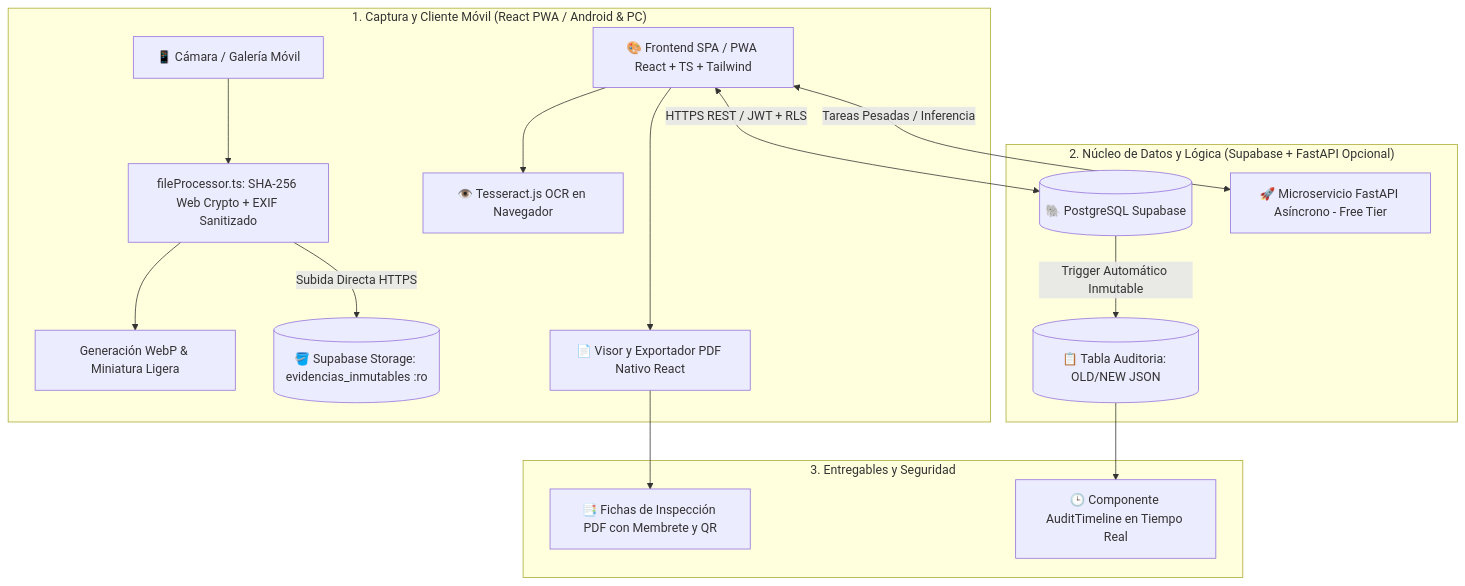
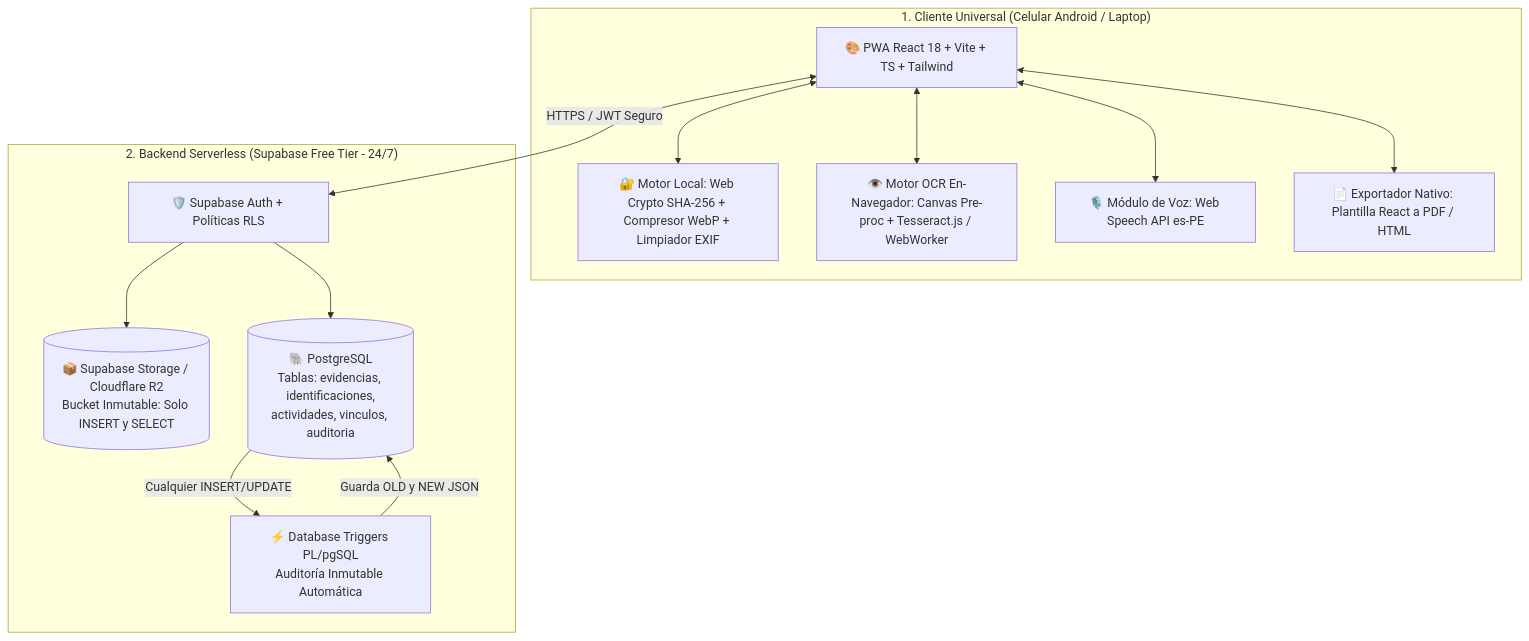
The first of 6 diagrams in ARQUITECTURA_Y_ESPECIFICACION_MODERNA.md (Tiburonchin/ELIS_5.vs2.2), drawn with Mermaid before and after one commit. The commit also changed other lines of this file, not shown here.

Commit message:
docs: integrar diagrama general, 4 capas limpias y secuencias cloud-native en especificacion moderna

````diff
--- a/ARQUITECTURA_Y_ESPECIFICACION_MODERNA.md
+++ b/ARQUITECTURA_Y_ESPECIFICACION_MODERNA.md
@@ -29,23 +29,29 @@
 ```mermaid
 flowchart TD
-    subgraph Cliente["1. Captura y Cliente Móvil (React PWA / Android & PC)"]
-        CAM[📱 Cámara / Galería Móvil] --> UPLOAD[fileProcessor.ts: SHA-256 Web Crypto + EXIF Sanitizado]
-        UPLOAD --> PREVIEW[Generación WebP & Miniatura Ligera]
-        UPLOAD -->|Subida Directa HTTPS| STORAGE[(🪣 Supabase Storage: evidencias_inmutables :ro)]
+    subgraph Cliente["1. Cliente Universal (Celular Android / Laptop)"]
+        UI[🎨 PWA React 18 + Vite + TS + Tailwind]
+        CRYPTO[🔐 Motor Local: Web Crypto SHA-256 + Compresor WebP + Limpiador EXIF]
+        OCR_ENGINE[👁️ Motor OCR En-Navegador: Canvas Pre-proc + Tesseract.js / WebWorker]
+        VOICE[🎙️ Módulo de Voz: Web Speech API es-PE]
+        PDF[📄 Exportador Nativo: Plantilla React a PDF / HTML]
         
-        UI[🎨 Frontend SPA / PWA React + TS + Tailwind] --> OCR_CLIENT[👁️ Tesseract.js OCR en Navegador]
-        UI --> PDF_GEN[📄 Visor y Exportador PDF Nativo React]
+        UI <--> CRYPTO
+        UI <--> OCR_ENGINE
+        UI <--> VOICE
+        UI <--> PDF
     end
 
-    subgraph BackendCloud["2. Núcleo de Datos y Lógica (Supabase + FastAPI Opcional)"]
-        UI <-->|HTTPS REST / JWT + RLS| SUPABASE[(🐘 PostgreSQL Supabase)]
-        SUPABASE -->|Trigger Automático Inmutable| AUDIT_LOG[(📋 Tabla Auditoria: OLD/NEW JSON)]
+    subgraph Nube["2. Backend Serverless (Supabase Free Tier - 24/7)"]
+        AUTH[🛡️ Supabase Auth + Políticas RLS]
+        STORAGE[(📦 Supabase Storage / Cloudflare R2\nBucket Inmutable: Solo INSERT y SELECT)]
+        DB[(🐘 PostgreSQL\nTablas: evidencias, identificaciones,\nactividades, vinculos, auditoria)]
+        TRIGGER[⚡ Database Triggers PL/pgSQL\nAuditoría Inmutable Automática]
         
-        UI <-->|Tareas Pesadas / Inferencia| FASTAPI[🚀 Microservicio FastAPI Asíncrono - Free Tier]
+        DB -->|Cualquier INSERT/UPDATE| TRIGGER
+        TRIGGER -->|Guarda OLD y NEW JSON| DB
     end
 
-    subgraph Salidas["3. Entregables y Seguridad"]
-        PDF_GEN --> REPORT[📑 Fichas de Inspección PDF con Membrete y QR]
-        AUDIT_LOG --> TIMELINE[🕒 Componente AuditTimeline en Tiempo Real]
-    end
+    UI <-->|HTTPS / JWT Seguro| AUTH
+    AUTH --> STORAGE
+    AUTH --> DB
 ```
````
